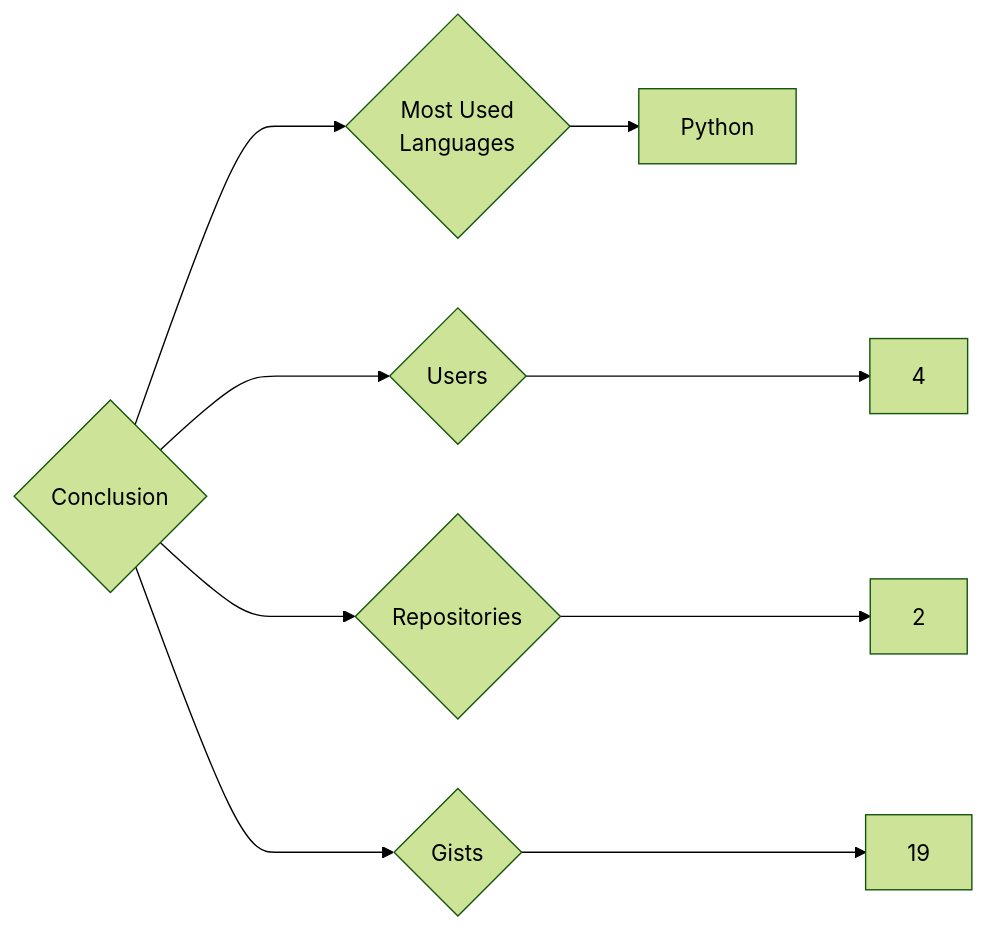
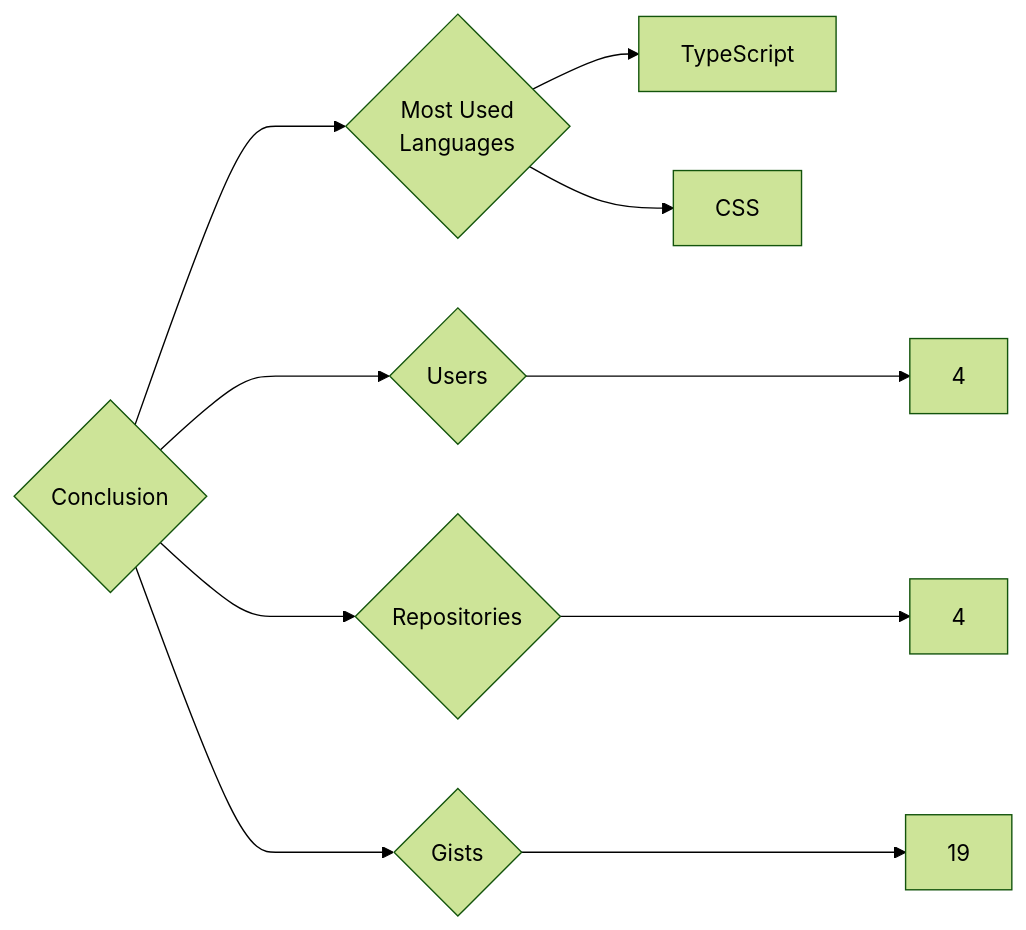
Before and after one commit to trickest/insiders: the diagram in targets/Conclusion/README.md, drawn with Mermaid (forest theme). The commit also changed 930 other files, not shown here.

````diff
--- a/targets/Conclusion/README.md
+++ b/targets/Conclusion/README.md
@@ -3,9 +3,10 @@
 ```mermaid
 graph LR
 COMPANY_NAME{Conclusion}
 COMPANY_NAME ---> U{Users} ---> UN[4]
-COMPANY_NAME ---> R{Repositories} ---> RN[2]
+COMPANY_NAME ---> R{Repositories} ---> RN[4]
 COMPANY_NAME ---> G{Gists} ---> GN[19]
 COMPANY_NAME ---> ML{Most Used<br>Languages}
-ML --> Python[Python]
+ML --> TypeScript[TypeScript]
+ML --> CSS[CSS]
 ```
````
